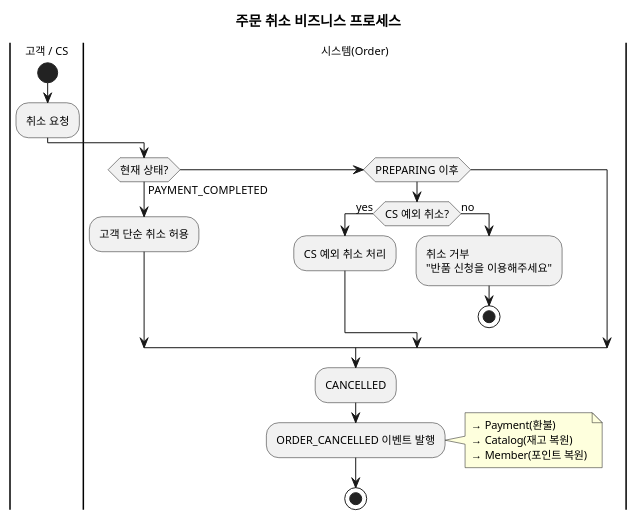
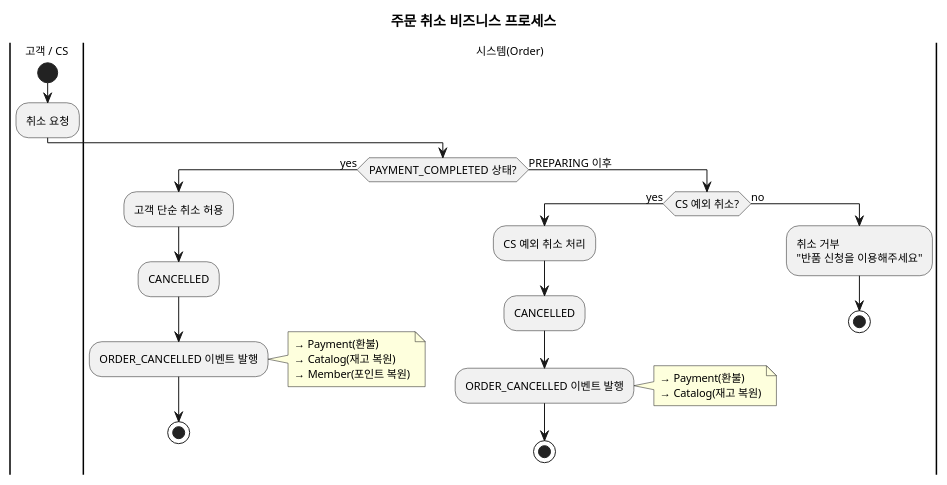
One commit to parknahyun/runNShop changed the third of 4 diagrams in docs/자산화-단계별/S2-구조설계/11-비즈니스프로세스(Order).md. Above: the diagram before and after it, drawn with PlantUML. The commit also changed other lines of this file and 31 other files, not shown here.

Commit message:
docs: 주문결제 도메인 S2-S3 산출물 작성 및 현행화 - S3 상세설계 산출물 전체 작성 (13-GWT ~ 17-화면레이아웃) - S2 구조설계 현행화 (상태머신12상태, ERD확장, EARS추가, 이벤트플로우15개, BP재작성) - 모바일 마이페이지/주문조회/클레임 목록·상세 화면 구현 - API mock JSON 및 Kotlin Controller 추가 - 정합성 검토 20건 해소, 시퀀스 15개로 확장

````diff
--- a/docs/자산화-단계별/S2-구조설계/11-비즈니스프로세스(Order).md
+++ b/docs/자산화-단계별/S2-구조설계/11-비즈니스프로세스(Order).md
@@ -119,29 +117,32 @@
 ```plantuml
 @startuml
 skinparam backgroundColor transparent
 skinparam defaultFontSize 11
 title 주문 취소 비즈니스 프로세스
 
 |고객 / CS|
 start
 :취소 요청;
 
 |시스템(Order)|
-if (현재 상태?) then (PAYMENT_COMPLETED)
+if (PAYMENT_COMPLETED 상태?) then (yes)
   :고객 단순 취소 허용;
-else if (PREPARING 이후)
+  :CANCELLED;
+  :ORDER_CANCELLED 이벤트 발행;
+  note right: → Payment(환불)\n→ Catalog(재고 복원)\n→ Member(포인트 복원)
+  stop
+else (PREPARING 이후)
   if (CS 예외 취소?) then (yes)
     :CS 예외 취소 처리;
+    :CANCELLED;
+    :ORDER_CANCELLED 이벤트 발행;
+    note right: → Payment(환불)\n→ Catalog(재고 복원)
+    stop
   else (no)
     :취소 거부\n"반품 신청을 이용해주세요";
     stop
   endif
 endif
 
-:CANCELLED;
-:ORDER_CANCELLED 이벤트 발행;
-note right: → Payment(환불)\n→ Catalog(재고 복원)\n→ Member(포인트 복원)
-stop
-
 @enduml
 ```
````
